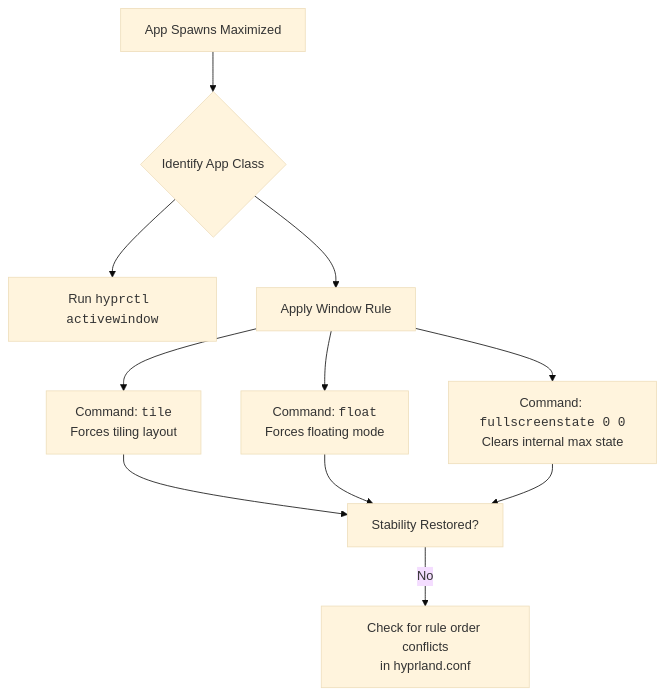
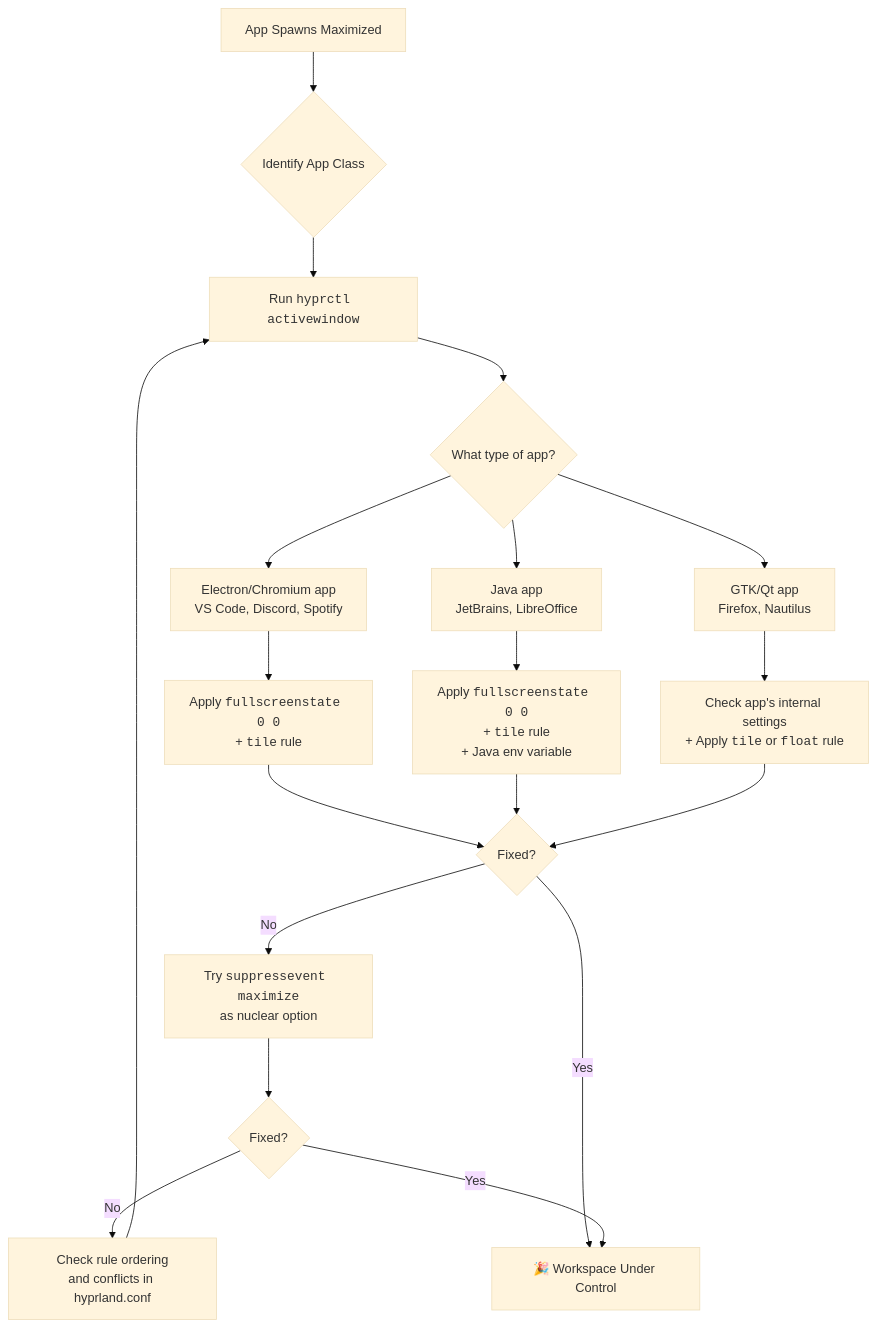
The diagram in src/data/blogs/posts/tech/hyprland-apps-spawn-maximized-fix.md (htghuzaifa2/huzi.pk-web-v2), drawn with Mermaid (base theme) before and after one commit. The commit also changed other lines of this file and 488 other files, not shown here.

````diff
--- a/src/data/blogs/posts/tech/hyprland-apps-spawn-maximized-fix.md
+++ b/src/data/blogs/posts/tech/hyprland-apps-spawn-maximized-fix.md
@@ -49,16 +241,26 @@
 ```mermaid
 flowchart TD
     A[App Spawns Maximized] --> B{Identify App Class}
     B --> C[Run <code>hyprctl activewindow</code>]
-    
-    B --> D[Apply Window Rule]
-    D --> E[Command: <code>tile</code><br>Forces tiling layout]
-    D --> F[Command: <code>float</code><br>Forces floating mode]
-    D --> G[Command: <code>fullscreenstate 0 0</code><br>Clears internal max state]
-    
-    E --> H[Stability Restored?]
-    F --> H
-    G --> H
-    
-    H -- No --> I[Check for rule order conflicts<br>in hyprland.conf]
+
+    C --> D{What type of app?}
+    D --> E[Electron/Chromium app<br>VS Code, Discord, Spotify]
+    D --> F[Java app<br>JetBrains, LibreOffice]
+    D --> G[GTK/Qt app<br>Firefox, Nautilus]
+
+    E --> H[Apply <code>fullscreenstate 0 0</code><br>+ <code>tile</code> rule]
+    F --> I[Apply <code>fullscreenstate 0 0</code><br>+ <code>tile</code> rule<br>+ Java env variable]
+    G --> J[Check app's internal settings<br>+ Apply <code>tile</code> or <code>float</code> rule]
+
+    H --> K{Fixed?}
+    I --> K
+    J --> K
+
+    K -- No --> L[Try <code>suppressevent maximize</code><br>as nuclear option]
+    K -- Yes --> M[🎉 Workspace Under Control]
+
+    L --> N{Fixed?}
+    N -- No --> O[Check rule ordering<br>and conflicts in hyprland.conf]
+    N -- Yes --> M
+    O --> C
 ```
````
